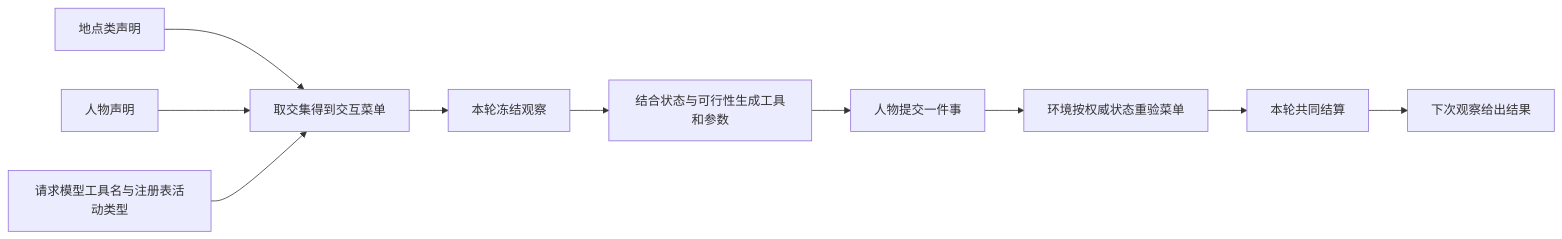
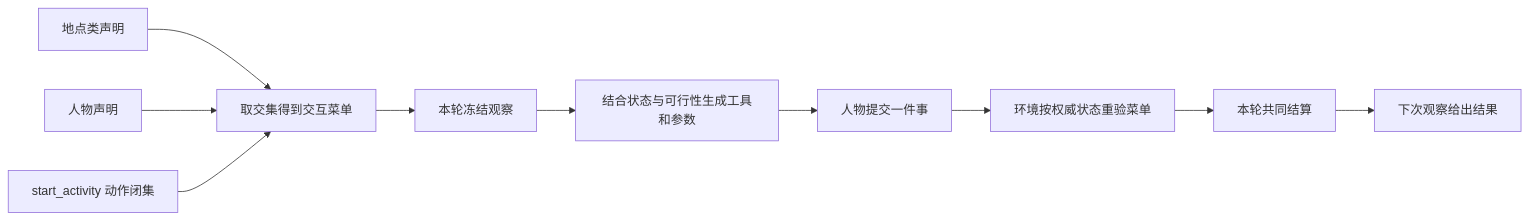
Before and after one commit to HoldThatThgt/WorldMock: the diagram in docs/dev/SPEC-interaction-menu.md, drawn with Mermaid. The commit also changed other lines of this file and 169 other files, not shown here.

````diff
--- a/docs/dev/SPEC-interaction-menu.md
+++ b/docs/dev/SPEC-interaction-menu.md
@@ -14,12 +14,12 @@
 ```mermaid
 flowchart LR
     L[地点类声明] --> M[取交集得到交互菜单]
     P[人物声明] --> M
-    R[请求模型工具名与注册表活动类型] --> M
+    R[start_activity 动作闭集] --> M
     M --> O[本轮冻结观察]
     O --> H[结合状态与可行性生成工具和参数]
     H --> A[人物提交一件事]
     A --> E[环境按权威状态重验菜单]
     E --> S[本轮共同结算]
     S --> N[下次观察给出结果]
 ```
````
